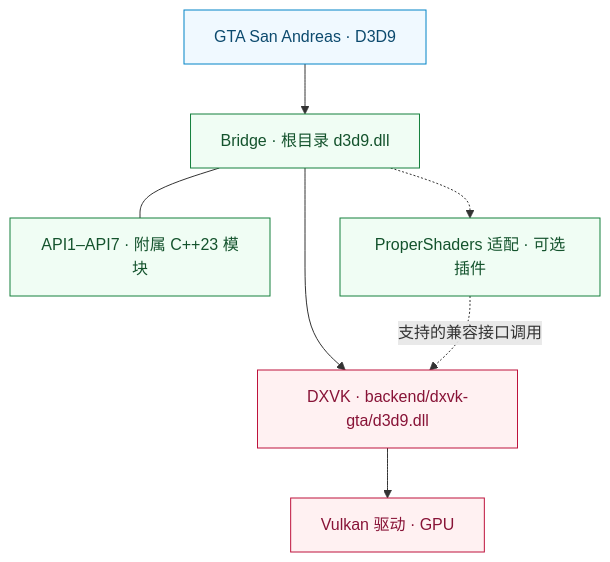
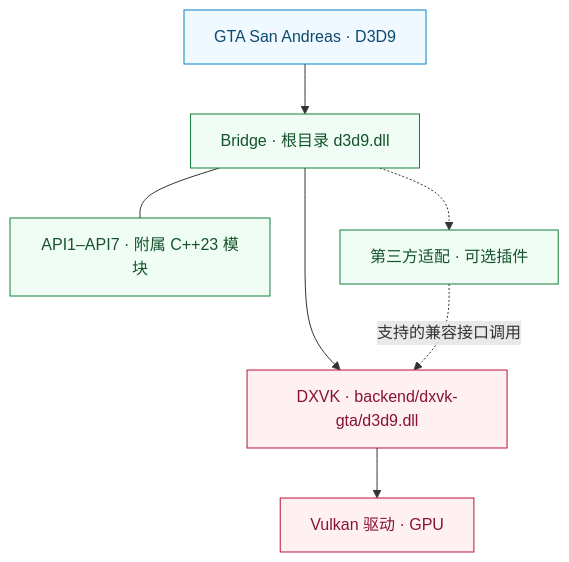
Before and after one commit to prematurely/sa-renderstack: the diagram in README.zh-CN.md, drawn with Mermaid. The commit also changed other lines of this file and 2 other files, not shown here.

````diff
--- a/README.zh-CN.md
+++ b/README.zh-CN.md
@@ -73,15 +73,15 @@
 ```mermaid
 flowchart TD
     game["GTA San Andreas · D3D9"] --> bridge["Bridge · 根目录 d3d9.dll"]
     bridge --> backend["DXVK · backend/dxvk-gta/d3d9.dll"]
     backend --> gpu["Vulkan 驱动 · GPU"]
     bridge --- modules["API1–API7 · 附属 C++23 模块"]
-    bridge -.-> adapters["ProperShaders 适配 · 可选插件"]
+    bridge -.-> adapters["第三方适配 · 可选插件"]
     adapters -. "支持的兼容接口调用" .-> backend
     classDef application fill:#f0f9ff,stroke:#0284c7,color:#0c4a6e
     classDef control fill:#f0fdf4,stroke:#15803d,color:#14532d
     classDef execution fill:#fff1f2,stroke:#be123c,color:#881337
     class game application
     class bridge,modules,adapters control
     class backend,gpu execution
 ```
````
